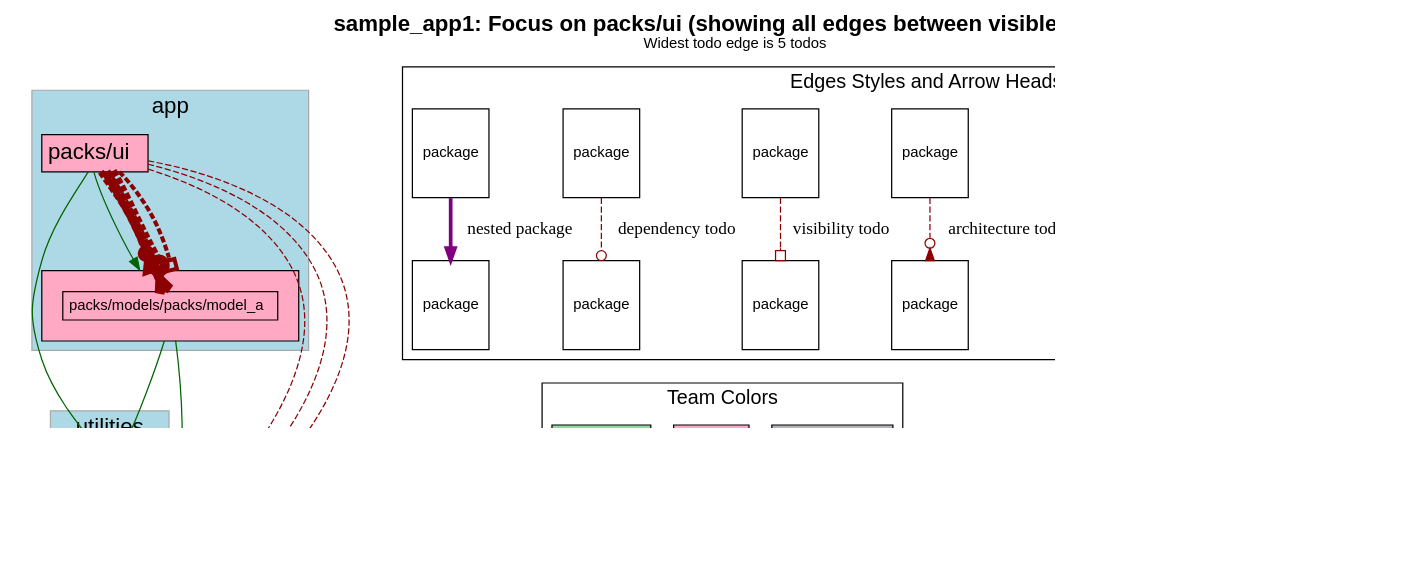
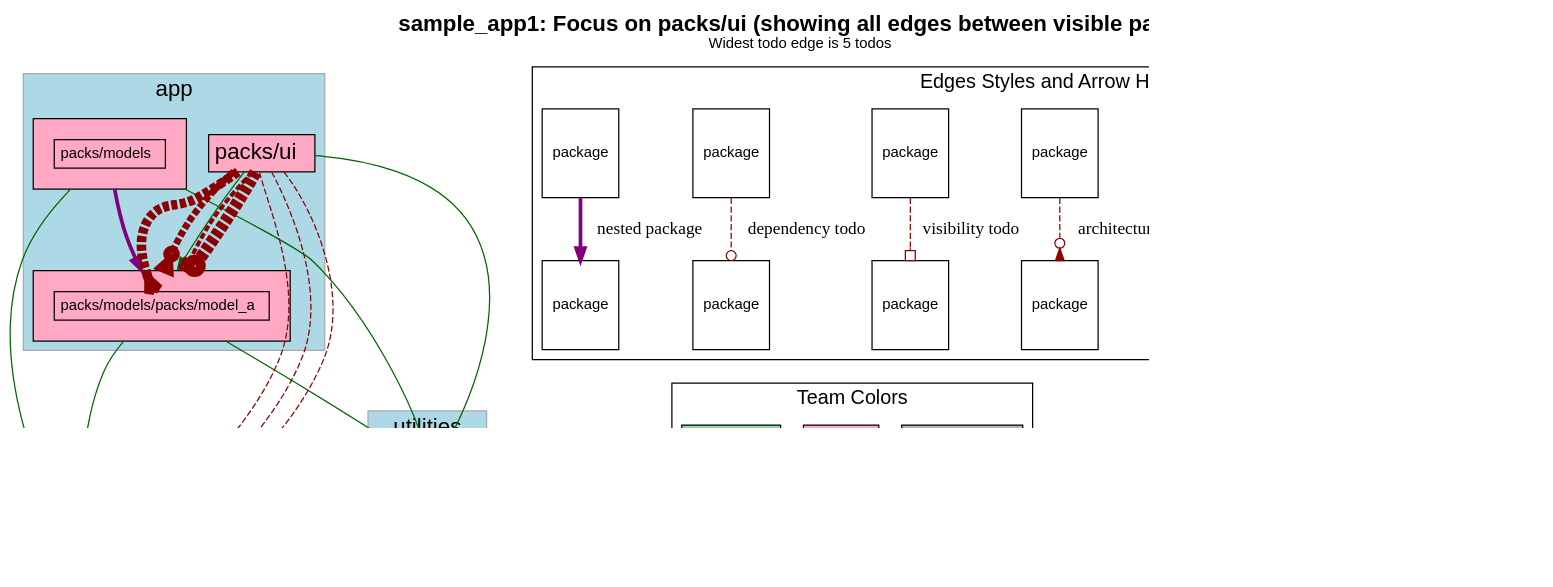
One commit to rubyatscale/visualize_packs changed the diagram in spec/sample_app1/test_output/focussed_on_packs_ui.dot. Above: the diagram before and after it, drawn with Graphviz. The commit also changed 13 other files, not shown here.

```diff
--- a/spec/sample_app1/test_output/focussed_on_packs_ui.dot
+++ b/spec/sample_app1/test_output/focussed_on_packs_ui.dot
@@ -25,7 +25,22 @@
       style=filled
         label="app"
         cluster=true
-        rank = 0        "packs/models/packs/model_a" [
+        rank = 0        "packs/models" [
+            fontsize=12.0
+              URL="https://github.com/rubyatscale/visualize_packwerk/tree/main/spec/sample_app/packs/models"
+
+              style=filled
+              fillcolor="#FFA9C5"
+            label= <
+                <table border='0' cellborder='1' cellspacing='0' cellpadding='16'><tr><td>
+                  <table border='0' cellborder='1' cellspacing='0' cellpadding='4'>
+                    <tr> <td port='private'> packs/models </td> </tr>
+                  </table>
+                </td></tr></table>
+              >
+          ]
+        
+        "packs/models/packs/model_a" [
             fontsize=12.0
               URL="https://github.com/rubyatscale/visualize_packwerk/tree/main/spec/sample_app/packs/models/packs/model_a"
 
@@ -75,6 +90,7 @@
           ]
         
     }
+              "packs/models" -> "packs/utility" [ style=invis ]
               "packs/models/packs/model_a" -> "packs/utility" [ style=invis ]
               "packs/ui" -> "packs/utility" [ style=invis ]
     subgraph NotInLayer {
@@ -98,6 +114,8 @@
         
     }
               "packs/utility" -> "." [ style=invis ]
+          "packs/models" -> "packs/utility" [ color=darkgreen ]
+          "packs/models" -> "." [ color=darkgreen ]
           "packs/models/packs/model_a" -> "packs/utility" [ color=darkgreen ]
           "packs/models/packs/model_a" -> "." [ color=darkgreen ]
           "packs/ui" -> "packs/models/packs/model_a" [ color=darkgreen ]
@@ -137,6 +155,7 @@
               # headlabel="visibility"
                 arrowhead=obox
               penwidth=3.25            ]
+        "packs/models" -> "packs/models/packs/model_a" [ color=purple penwidth=3 ]
     subgraph cluster_legend {
       fontsize=16
       label="Edges Styles and Arrow Heads"
```
